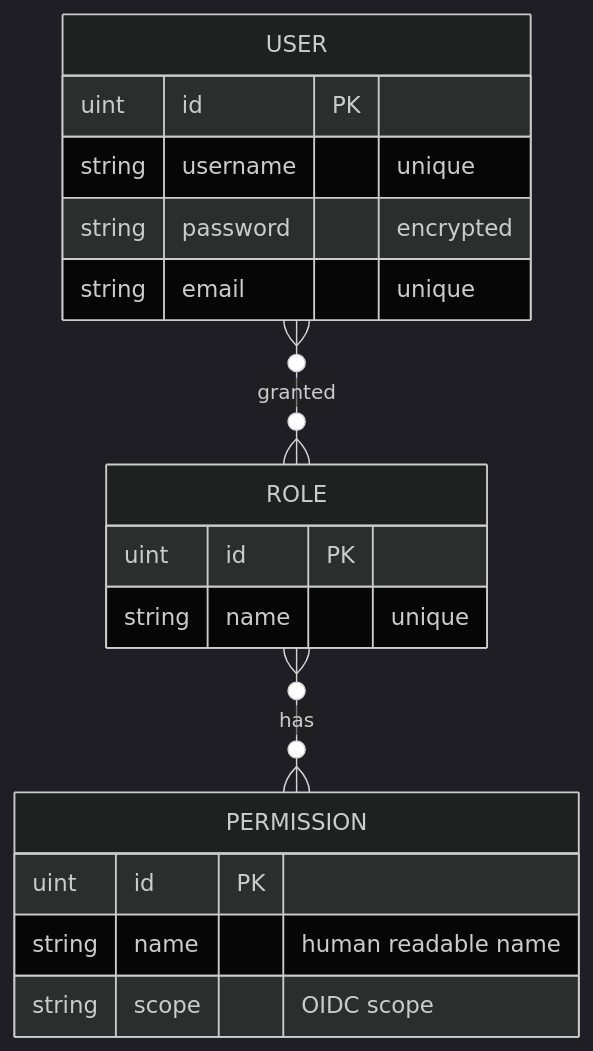
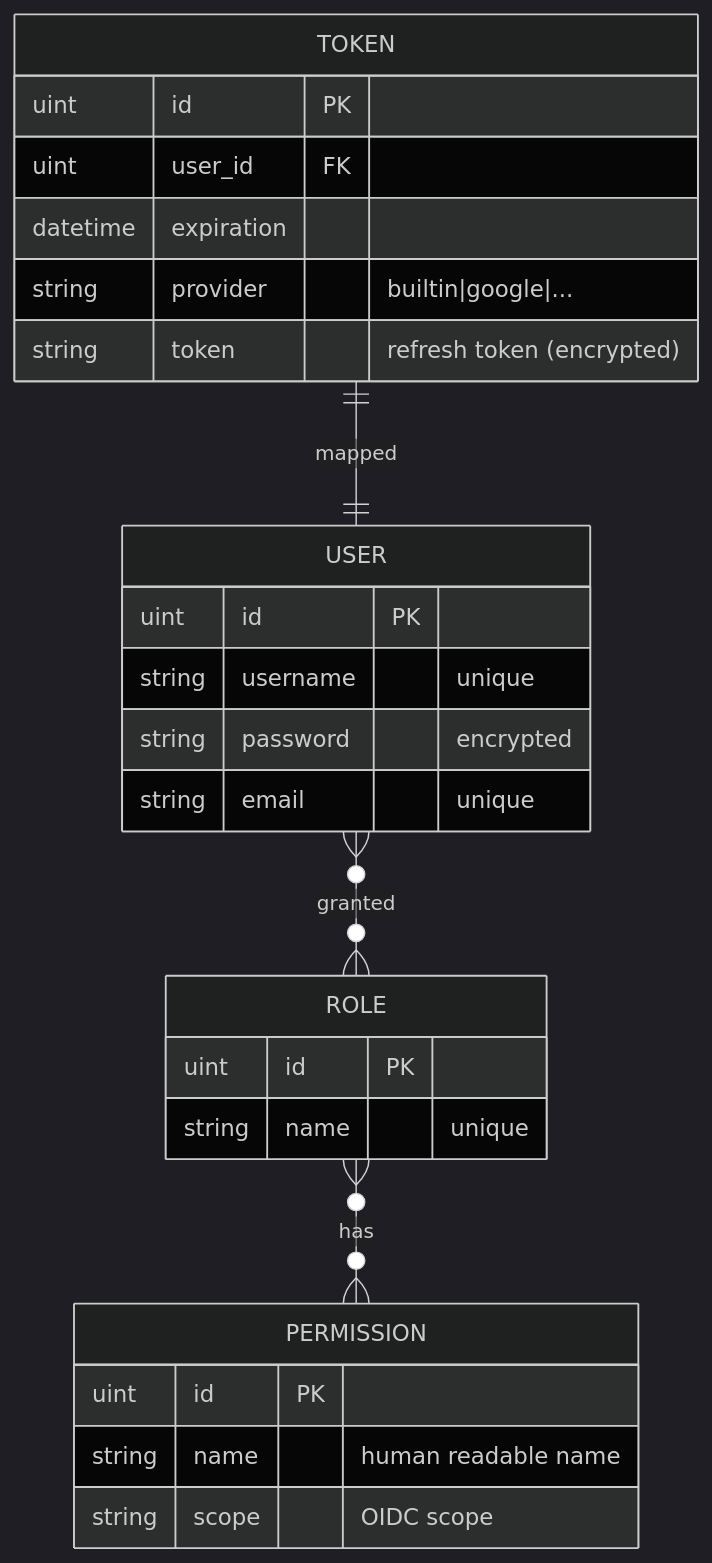
The first of 5 diagrams in enhancements/hub-oidc-provider/README.md (konveyor/enhancements), drawn with Mermaid (dark theme) before and after one commit.

Commit message:
checkpoint

````diff
--- a/enhancements/hub-oidc-provider/README.md
+++ b/enhancements/hub-oidc-provider/README.md
@@ -77,23 +77,32 @@
 ```mermaid
 erDiagram
     USER }o--o{ ROLE : "granted"
     ROLE }o--o{ PERMISSION : "has"
+    TOKEN ||--|| USER : "mapped"
 
     USER {
         uint id PK
         string username "unique"
         string password "encrypted"
         string email "unique"
     }
 
     ROLE {
         uint id PK
         string name "unique"
     }
 
     PERMISSION {
         uint id PK
         string name "human readable name"
         string scope "OIDC scope"
     }
+    
+    TOKEN {
+        uint id PK
+        uint user_id FK
+        datetime expiration
+        string provider "builtin|google|..."
+        string token "refresh token (encrypted)"
+    }
 ```
````
